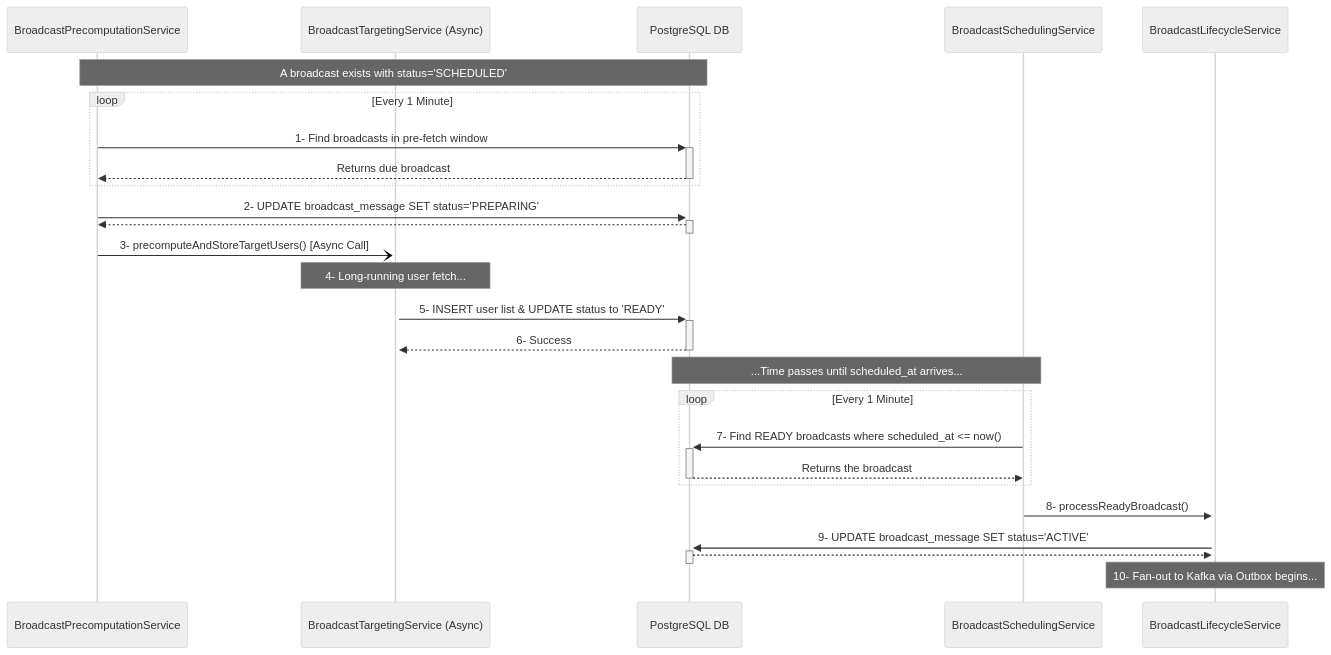
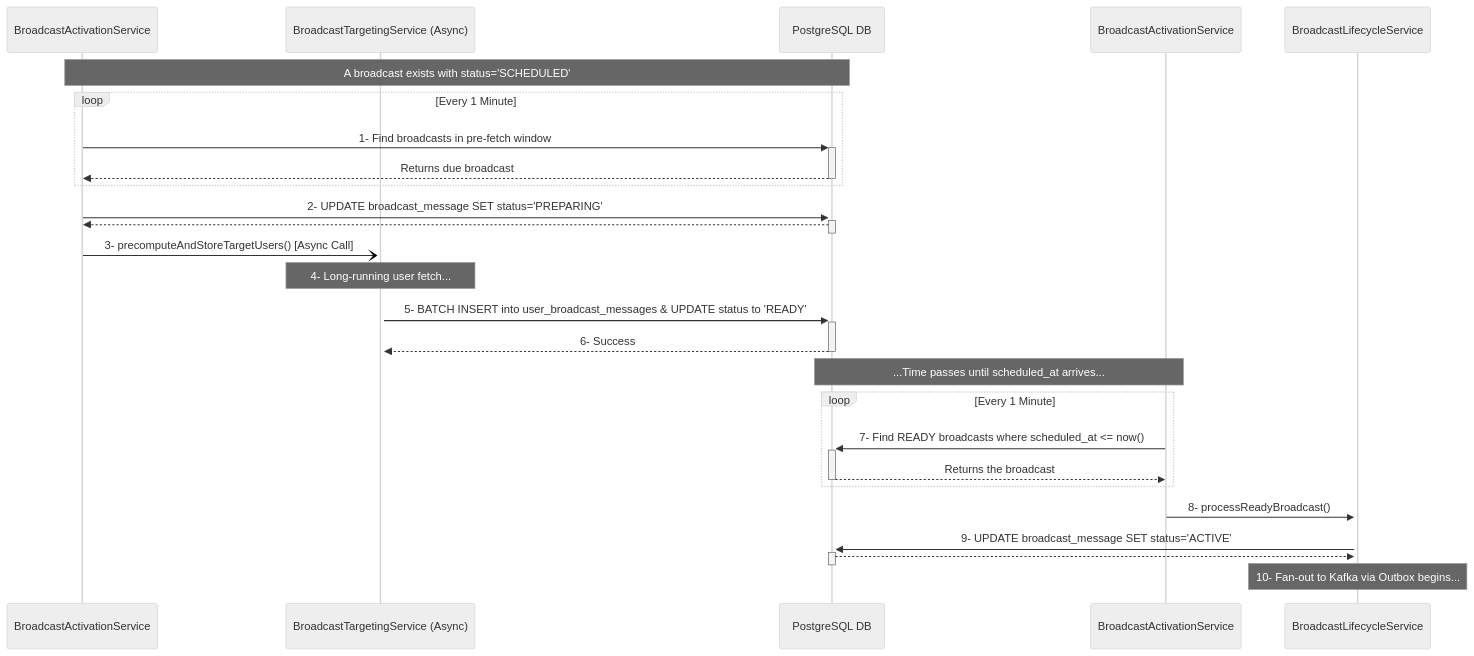
Before and after one commit to rsrini7/Notification-SSE-GLM-Flux: the diagram in MermaidDiagrams/seq-full-lifecycle-scheduled-broadcast.mmd, drawn with Mermaid (neutral theme). The commit also changed 10 other files, not shown here.

First line of the commit message:
refactor(diagrams): update mermaid diagrams to reflect architectural changes

```diff
--- a/MermaidDiagrams/seq-full-lifecycle-scheduled-broadcast.mmd
+++ b/MermaidDiagrams/seq-full-lifecycle-scheduled-broadcast.mmd
@@ -1,33 +1,34 @@
 sequenceDiagram
-    participant PrecompScheduler as BroadcastPrecomputationService
+    participant PrecompScheduler as BroadcastActivationService
     participant TargetingSvc as BroadcastTargetingService (Async)
     participant DB as PostgreSQL DB
-    participant ActivationScheduler as BroadcastSchedulingService
+    participant ActivationScheduler as BroadcastActivationService
     participant AdminSvc as BroadcastLifecycleService
 
     Note over PrecompScheduler, DB: A broadcast exists with status='SCHEDULED'
     
     loop Every 1 Minute
         PrecompScheduler->>+DB: 1- Find broadcasts in pre-fetch window
         DB-->>-PrecompScheduler: Returns due broadcast
     end
     
     PrecompScheduler->>+DB: 2- UPDATE broadcast_message SET status='PREPARING'
     DB-->>-PrecompScheduler: 
     PrecompScheduler-)+TargetingSvc: 3- precomputeAndStoreTargetUsers() [Async Call]
 
     Note over TargetingSvc: 4- Long-running user fetch...
-    TargetingSvc->>+DB: 5- INSERT user list & UPDATE status to 'READY'
+    %% MODIFIED: Correctly shows writing to user_broadcast_messages
+    TargetingSvc->>+DB: 5- BATCH INSERT into user_broadcast_messages & UPDATE status to 'READY'
     DB-->>-TargetingSvc: 6- Success
     
     Note over DB, ActivationScheduler: ...Time passes until scheduled_at arrives...
 
     loop Every 1 Minute
         ActivationScheduler->>+DB: 7- Find READY broadcasts where scheduled_at <= now()
         DB-->>-ActivationScheduler: Returns the broadcast
     end
     
     ActivationScheduler->>+AdminSvc: 8- processReadyBroadcast()
     AdminSvc->>+DB: 9- UPDATE broadcast_message SET status='ACTIVE'
     DB-->>-AdminSvc: 
     Note over AdminSvc: 10- Fan-out to Kafka via Outbox begins...
```
